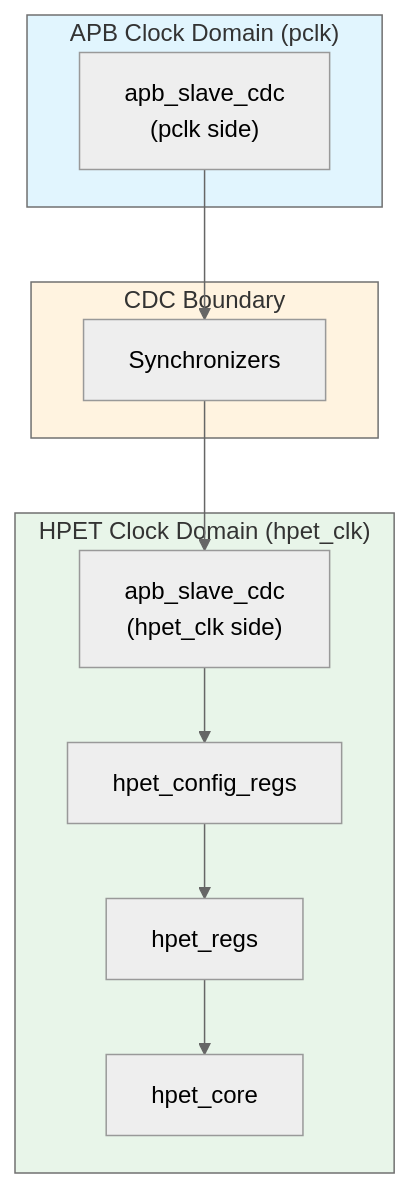
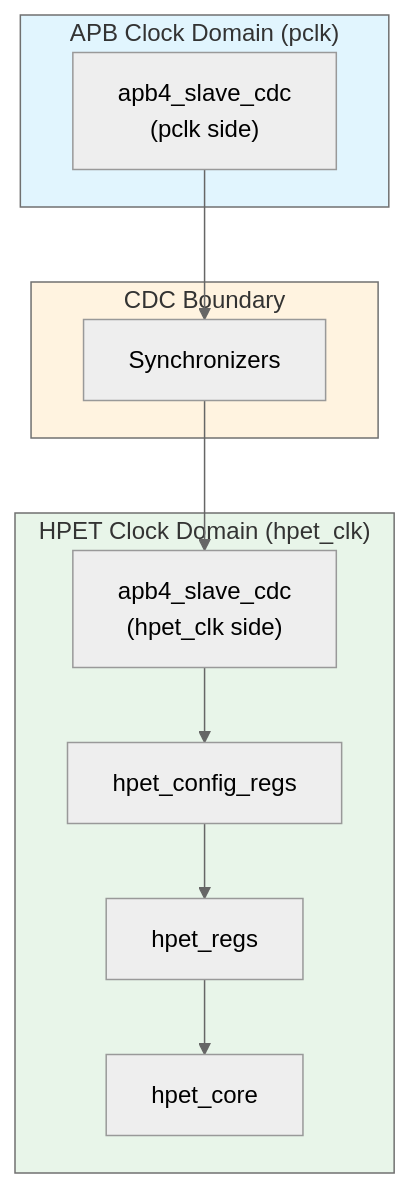
Before and after one commit to sean-galloway/RTLDesignSherpa: the diagram in projects/components/retro_legacy_blocks/docs/hpet_mas/assets/mermaid/hpet_async_mode.mmd, drawn with Mermaid. The commit also changed 486 other files, not shown here.

```diff
--- a/projects/components/retro_legacy_blocks/docs/hpet_mas/assets/mermaid/hpet_async_mode.mmd
+++ b/projects/components/retro_legacy_blocks/docs/hpet_mas/assets/mermaid/hpet_async_mode.mmd
@@ -1,26 +1,26 @@
 %%{init: {'theme': 'neutral'}}%%
 flowchart TB
     subgraph PCLK["APB Clock Domain (pclk)"]
-        APB["apb_slave_cdc<br/>(pclk side)"]
+        APB["apb4_slave_cdc<br/>(pclk side)"]
     end
 
     subgraph CDC["CDC Boundary"]
         SYNC[Synchronizers]
     end
 
     subgraph HPET_CLK["HPET Clock Domain (hpet_clk)"]
-        APB_H["apb_slave_cdc<br/>(hpet_clk side)"]
+        APB_H["apb4_slave_cdc<br/>(hpet_clk side)"]
         CFG[hpet_config_regs]
         REGS[hpet_regs]
         CORE[hpet_core]
     end
 
     APB --> SYNC
     SYNC --> APB_H
     APB_H --> CFG
     CFG --> REGS
     REGS --> CORE
 
     style PCLK fill:#e1f5fe
     style HPET_CLK fill:#e8f5e9
     style CDC fill:#fff3e0
```
